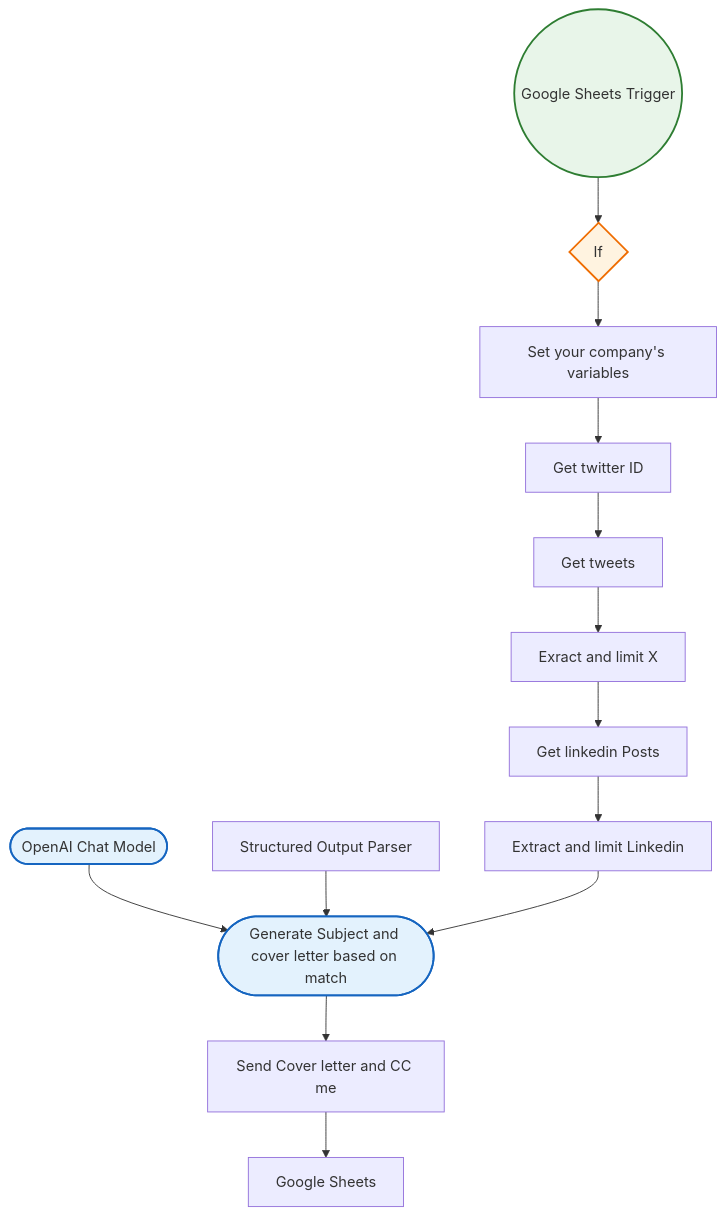
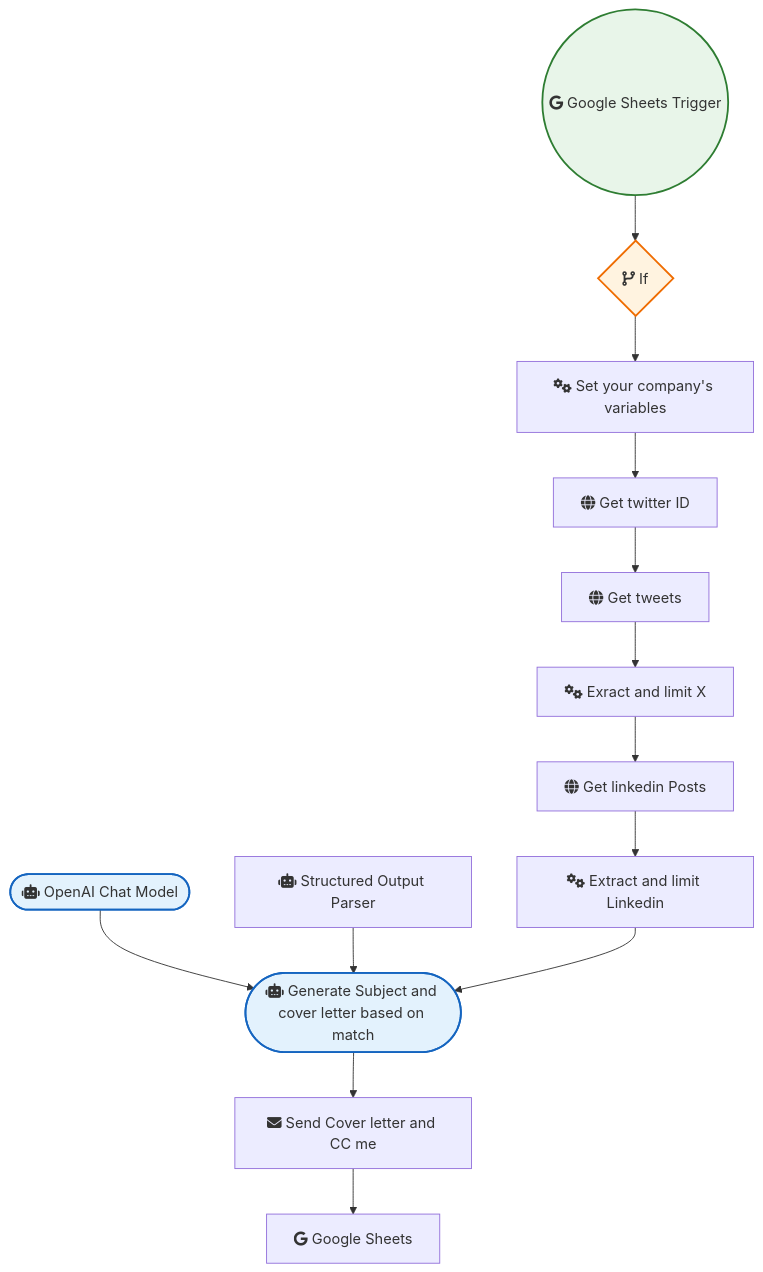
One commit to sreyash3105/N8N-DEMO-AUTOMATIONS changed the diagram in Instagram_Twitter_Social_Media/Social Media Analysis and Automated Email Generation.md. Above: the diagram before and after it, drawn with Mermaid. The commit also changed 291 other files, not shown here.

````diff
--- a/Instagram_Twitter_Social_Media/Social Media Analysis and Automated Email Generation.md
+++ b/Instagram_Twitter_Social_Media/Social Media Analysis and Automated Email Generation.md
@@ -1,33 +1,33 @@
 ```mermaid
 graph TD
     classDef trigger fill:#e8f5e9,stroke:#2e7d32,stroke-width:2px;
     classDef ai fill:#e3f2fd,stroke:#1565c0,stroke-width:2px;
     classDef logic fill:#fff3e0,stroke:#ef6c00,stroke-width:2px;
 
-    Set_your_company_s_variables["Set your company's variables"]
-    Get_linkedin_Posts["Get linkedin Posts"]
-    Get_twitter_ID["Get twitter ID"]
-    Get_tweets["Get tweets"]
-    Extract_and_limit_Linkedin["Extract and limit Linkedin"]
-    Exract_and_limit_X["Exract and limit X"]
-    OpenAI_Chat_Model(["OpenAI Chat Model"]):::ai
-    Structured_Output_Parser["Structured Output Parser"]
-    Generate_Subject_and_cover_letter_based_on_match(["Generate Subject and cover letter based on match"]):::ai
-    Send_Cover_letter_and_CC_me["Send Cover letter and CC me"]
-    Google_Sheets_Trigger(("Google Sheets Trigger")):::trigger
-    Google_Sheets["Google Sheets"]
-    If{"If"}:::logic
+    Set_your_company_s_variables["fas:fa-cogs Set your company's variables"]
+    Get_linkedin_Posts["fas:fa-globe Get linkedin Posts"]
+    Get_twitter_ID["fas:fa-globe Get twitter ID"]
+    Get_tweets["fas:fa-globe Get tweets"]
+    Extract_and_limit_Linkedin["fas:fa-cogs Extract and limit Linkedin"]
+    Exract_and_limit_X["fas:fa-cogs Exract and limit X"]
+    OpenAI_Chat_Model(["fas:fa-robot OpenAI Chat Model"]):::ai
+    Structured_Output_Parser["fas:fa-robot Structured Output Parser"]
+    Generate_Subject_and_cover_letter_based_on_match(["fas:fa-robot Generate Subject and cover letter based on match"]):::ai
+    Send_Cover_letter_and_CC_me["fas:fa-envelope Send Cover letter and CC me"]
+    Google_Sheets_Trigger(("fab:fa-google Google Sheets Trigger")):::trigger
+    Google_Sheets["fab:fa-google Google Sheets"]
+    If{"fas:fa-code-branch If"}:::logic
 
     If --> Set_your_company_s_variables
     Get_tweets --> Exract_and_limit_X
     Get_twitter_ID --> Get_tweets
     OpenAI_Chat_Model --> Generate_Subject_and_cover_letter_based_on_match
     Exract_and_limit_X --> Get_linkedin_Posts
     Get_linkedin_Posts --> Extract_and_limit_Linkedin
     Google_Sheets_Trigger --> If
     Structured_Output_Parser --> Generate_Subject_and_cover_letter_based_on_match
     Extract_and_limit_Linkedin --> Generate_Subject_and_cover_letter_based_on_match
     Send_Cover_letter_and_CC_me --> Google_Sheets
     Set_your_company_s_variables --> Get_twitter_ID
     Generate_Subject_and_cover_letter_based_on_match --> Send_Cover_letter_and_CC_me
 ```
````
